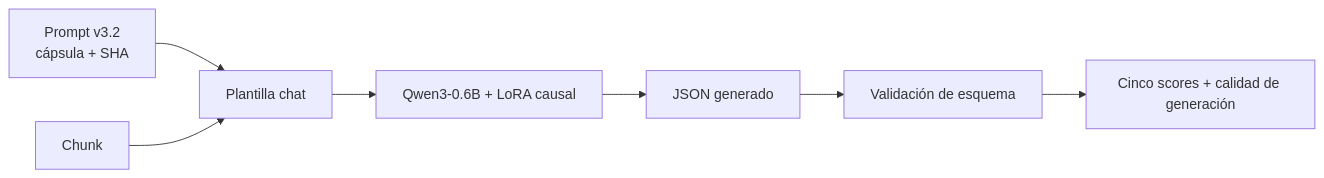
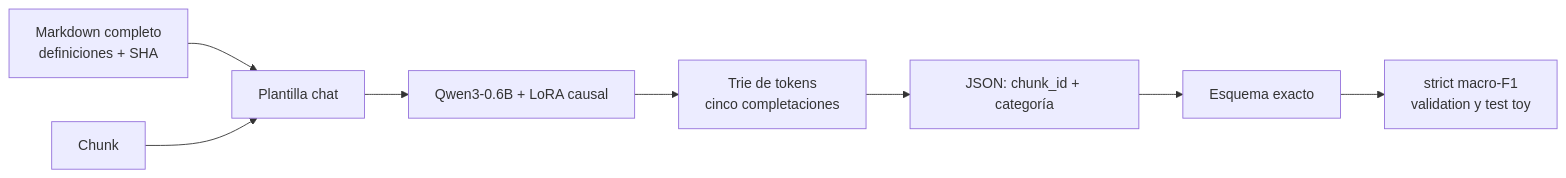
Before and after one commit to lkoc/Trabajo_PLN-MIA-Grupo4: the sixth of 6 diagrams in docs/ARQUITECTURAS_MODELOS_03.md, drawn with Mermaid. The commit also changed other lines of this file and 31 other files, not shown here.

````diff
--- a/docs/ARQUITECTURAS_MODELOS_03.md
+++ b/docs/ARQUITECTURAS_MODELOS_03.md
@@ -414,9 +417,10 @@
 ```mermaid
 flowchart LR
-    P[Prompt v3.2<br/>cápsula + SHA] --> CHAT[Plantilla chat]
+    P[Markdown completo<br/>definiciones + SHA] --> CHAT[Plantilla chat]
     X[Chunk] --> CHAT
     CHAT --> Q[Qwen3-0.6B + LoRA causal]
-    Q --> J[JSON generado]
-    J --> V[Validación de esquema]
-    V --> S[Cinco scores + calidad de generación]
+    Q --> T[Trie de tokens<br/>cinco completaciones]
+    T --> J[JSON: chunk_id + categoría]
+    J --> V[Esquema exacto]
+    V --> S[strict macro-F1<br/>validation y test toy]
 ```
````
